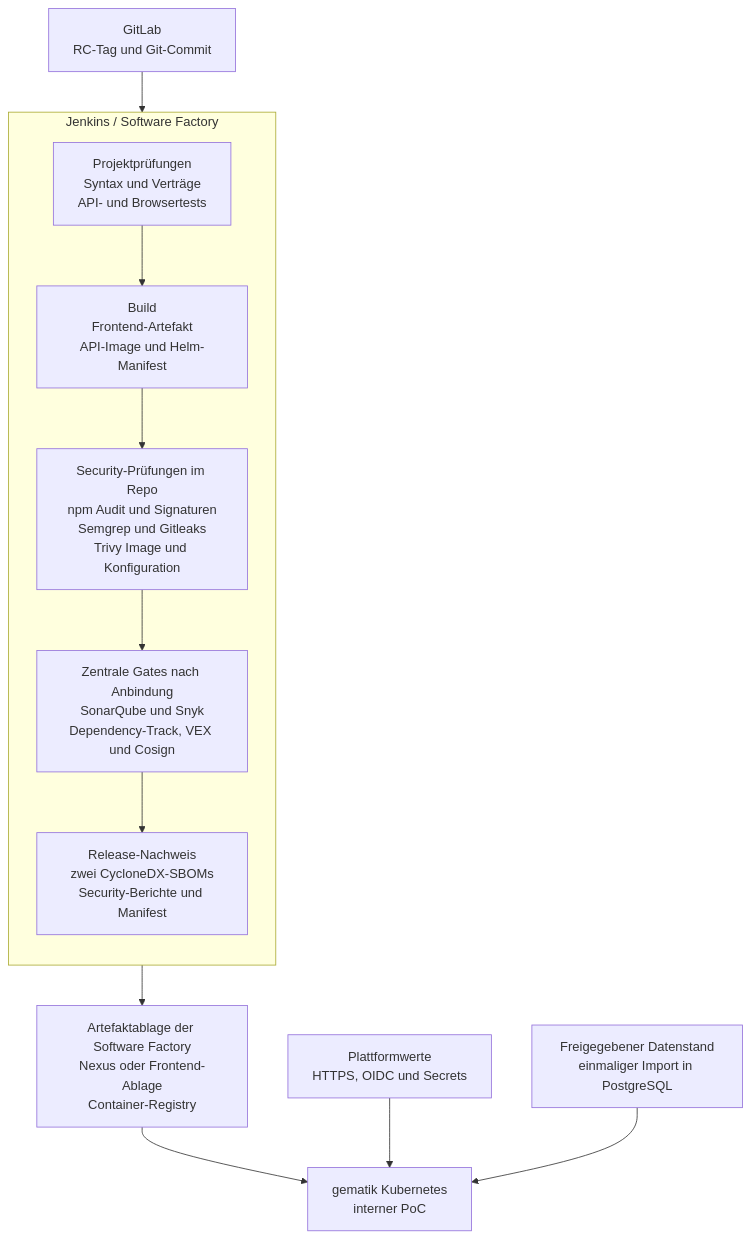
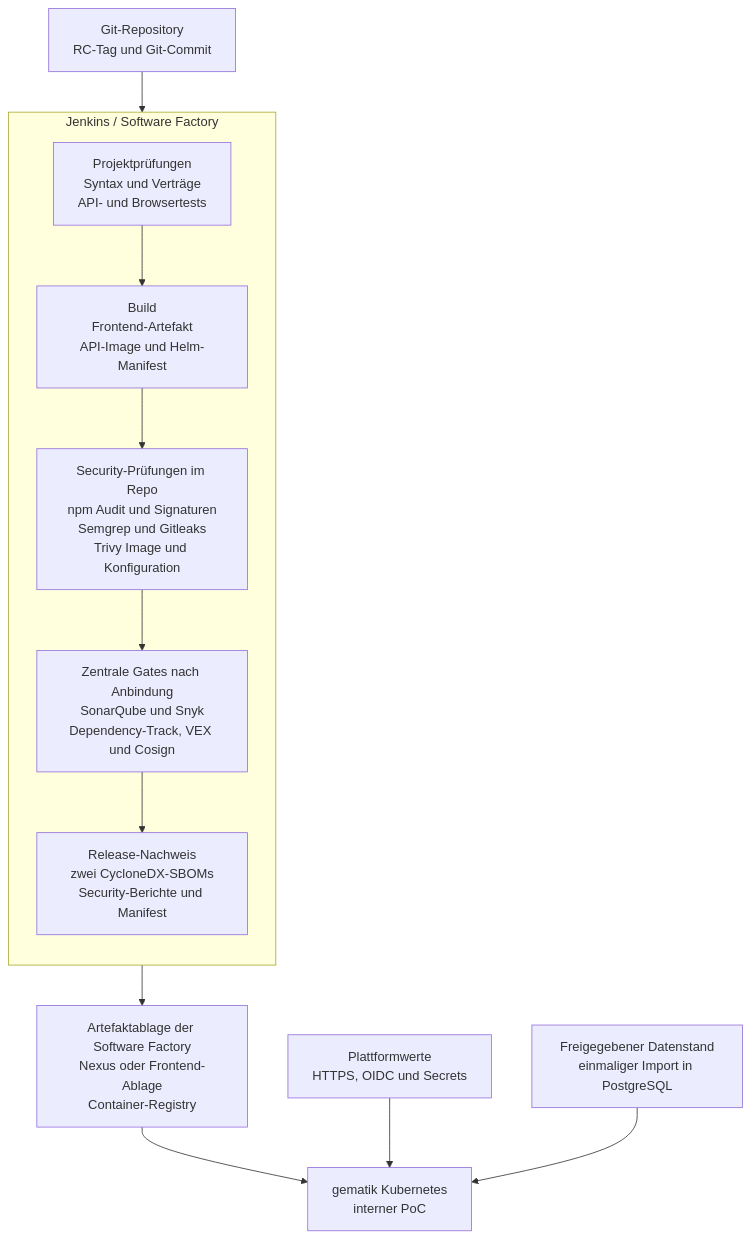
One commit to TimoFrank/mitmachen changed the diagram in dokumentation/betrieb-und-deployment/DEPLOYMENT_GEMATIK_K8S.md. Above: the diagram before and after it, drawn with Mermaid. The commit also changed other lines of this file and 6 other files, not shown here.

````diff
--- a/dokumentation/betrieb-und-deployment/DEPLOYMENT_GEMATIK_K8S.md
+++ b/dokumentation/betrieb-und-deployment/DEPLOYMENT_GEMATIK_K8S.md
@@ -10,24 +13,24 @@
 ```mermaid
 flowchart TB
-  RC["GitLab<br/>RC-Tag und Git-Commit"]
+  RC["Git-Repository<br/>RC-Tag und Git-Commit"]
 
   subgraph SF["Jenkins / Software Factory"]
     direction TB
     TEST["Projektprüfungen<br/>Syntax und Verträge<br/>API- und Browsertests"]
     BUILD["Build<br/>Frontend-Artefakt<br/>API-Image und Helm-Manifest"]
     LOCAL["Security-Prüfungen im Repo<br/>npm Audit und Signaturen<br/>Semgrep und Gitleaks<br/>Trivy Image und Konfiguration"]
     CENTRAL["Zentrale Gates nach Anbindung<br/>SonarQube und Snyk<br/>Dependency-Track, VEX und Cosign"]
     EVIDENCE["Release-Nachweis<br/>zwei CycloneDX-SBOMs<br/>Security-Berichte und Manifest"]
     TEST --> BUILD --> LOCAL --> CENTRAL --> EVIDENCE
   end
 
   STORE["Artefaktablage der Software Factory<br/>Nexus oder Frontend-Ablage<br/>Container-Registry"]
   POC["gematik Kubernetes<br/>interner PoC"]
   PLATFORM["Plattformwerte<br/>HTTPS, OIDC und Secrets"]
   DATA["Freigegebener Datenstand<br/>einmaliger Import in PostgreSQL"]
 
   RC --> TEST
   EVIDENCE --> STORE --> POC
   PLATFORM --> POC
   DATA --> POC
 ```
````
